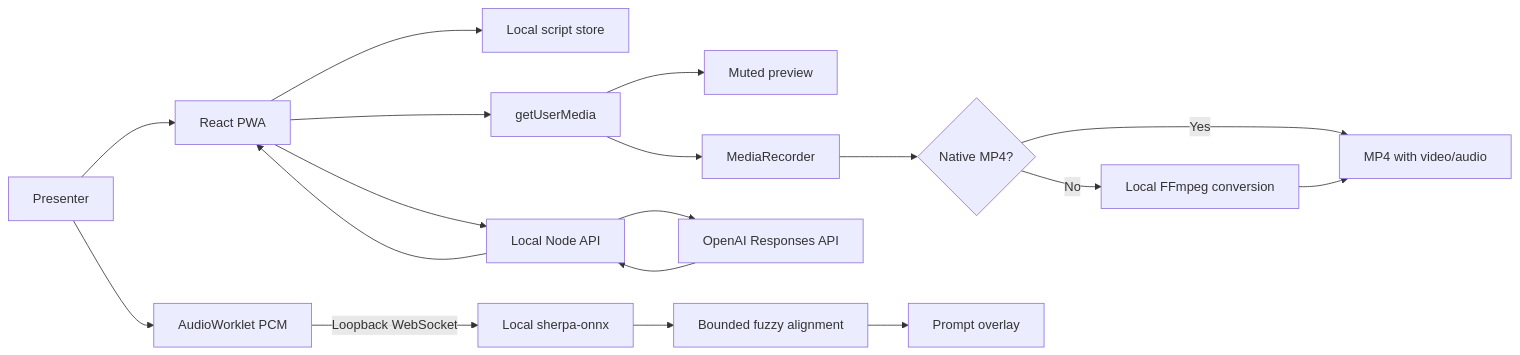
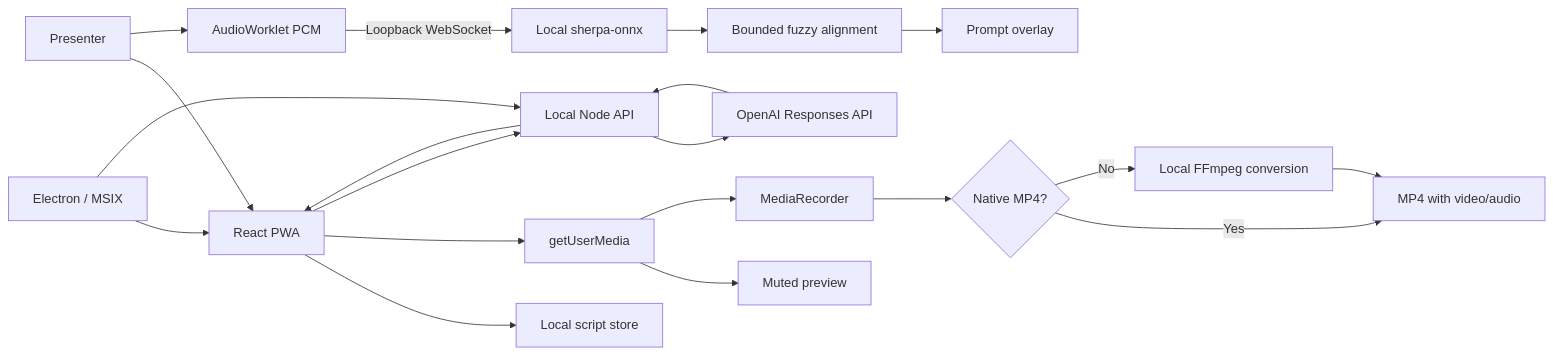
One commit to ReleasedGroup/PrompterPro changed the diagram in docs/ARCHITECTURE.md. Above: the diagram before and after it, drawn with Mermaid. The commit also changed other lines of this file and 26 other files, not shown here.

````diff
--- a/docs/ARCHITECTURE.md
+++ b/docs/ARCHITECTURE.md
@@ -12,20 +13,22 @@
 ```mermaid
 flowchart LR
   U["Presenter"] --> UI["React PWA"]
+  WIN["Electron / MSIX"] --> UI
+  WIN --> API
   UI --> LS["Local script store"]
   UI --> CAM["getUserMedia"]
   CAM --> PREVIEW["Muted preview"]
   CAM --> REC["MediaRecorder"]
   REC --> MP4{"Native MP4?"}
   MP4 -->|"Yes"| FILE["MP4 with video/audio"]
   MP4 -->|"No"| FFMPEG["Local FFmpeg conversion"]
   FFMPEG --> FILE
   U --> PCM["AudioWorklet PCM"]
   PCM -->|"Loopback WebSocket"| STT["Local sherpa-onnx"]
   STT --> ALIGN["Bounded fuzzy alignment"]
   ALIGN --> OVERLAY["Prompt overlay"]
   UI --> API["Local Node API"]
   API --> OAI["OpenAI Responses API"]
   OAI --> API
   API --> UI
 ```
````
